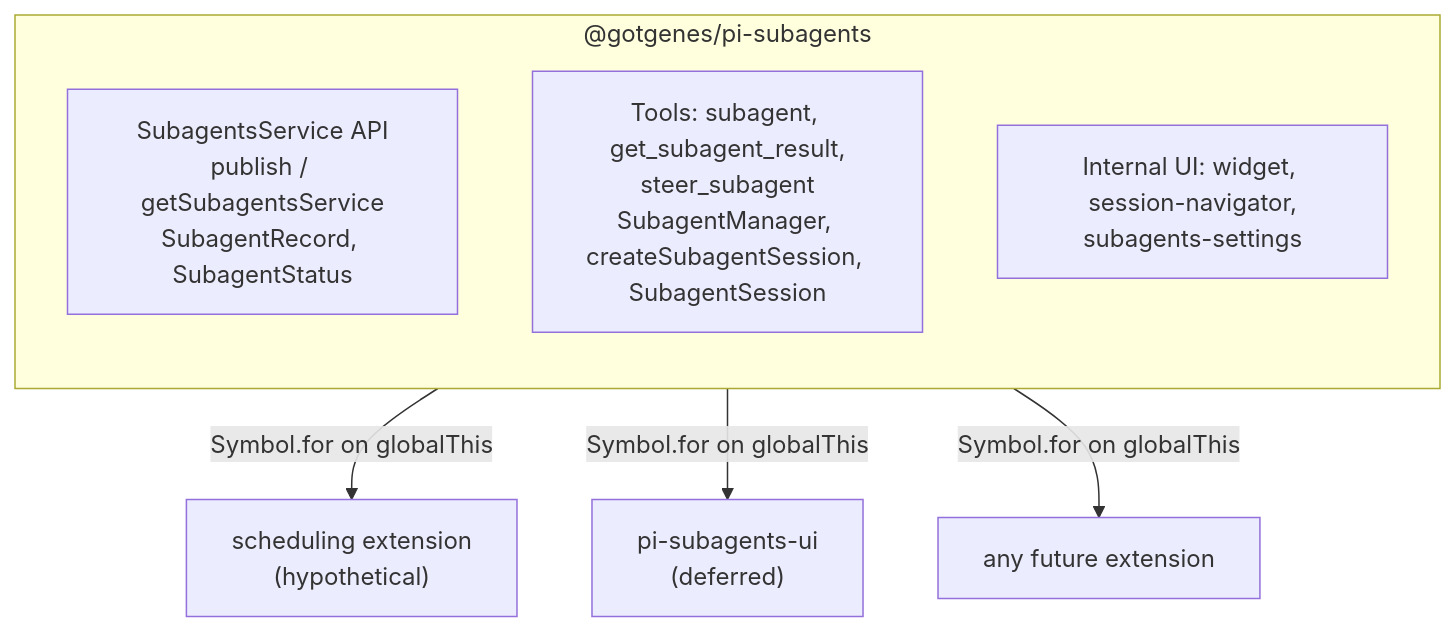
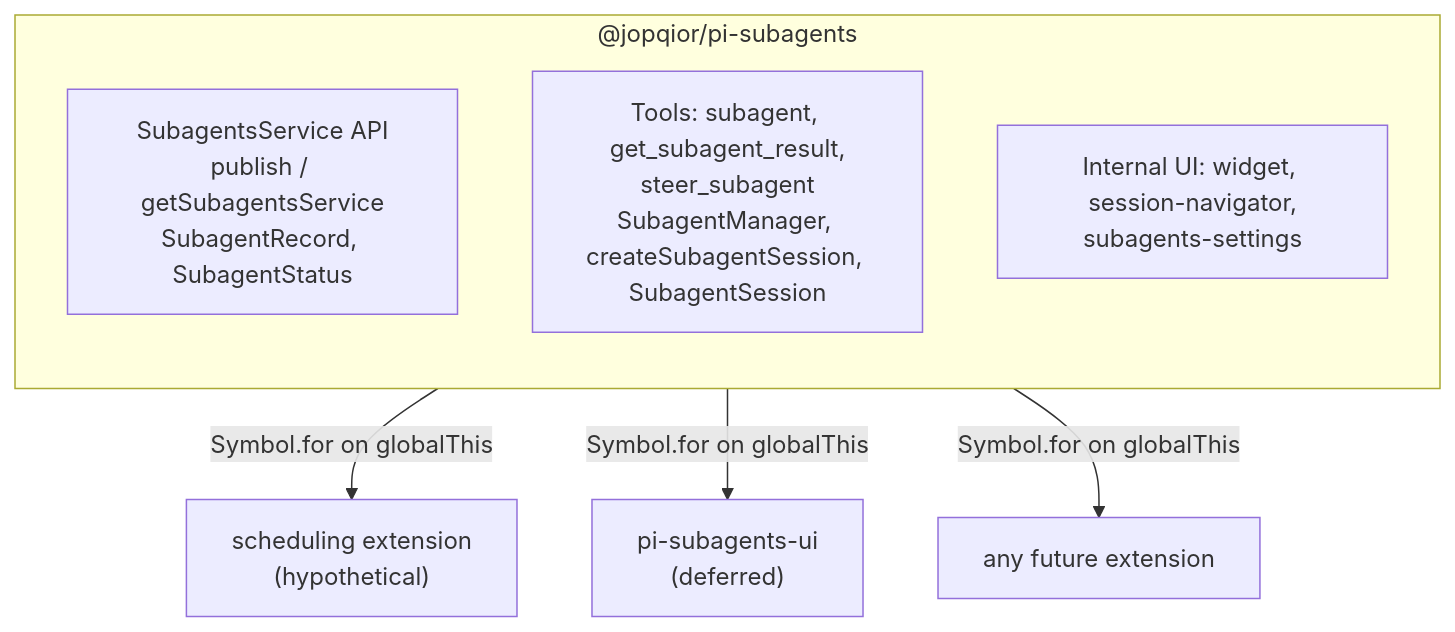
Before and after one commit to Jopqior/gotgenes-pi-packages: the fifth of 5 diagrams in packages/pi-subagents/docs/architecture/architecture.md, drawn with Mermaid. The commit also changed other lines of this file and 4 other files, not shown here.

````diff
--- a/packages/pi-subagents/docs/architecture/architecture.md
+++ b/packages/pi-subagents/docs/architecture/architecture.md
@@ -478,13 +478,13 @@
 ```mermaid
 flowchart TD
-    subgraph core["@gotgenes/pi-subagents"]
+    subgraph core["@jopqior/pi-subagents"]
         direction TB
         exports["SubagentsService API<br/>publish / getSubagentsService<br/>SubagentRecord, SubagentStatus"]
         engine["Tools: subagent, get_subagent_result,<br/>steer_subagent<br/>SubagentManager, createSubagentSession, SubagentSession"]
         ui_int["Internal UI: widget, session-navigator,<br/>subagents-settings"]
     end
 
     core -- "Symbol.for on globalThis" --> sched["scheduling extension<br/>(hypothetical)"]
     core -- "Symbol.for on globalThis" --> subui["pi-subagents-ui<br/>(deferred)"]
     core -- "Symbol.for on globalThis" --> future["any future extension"]
 ```
````
